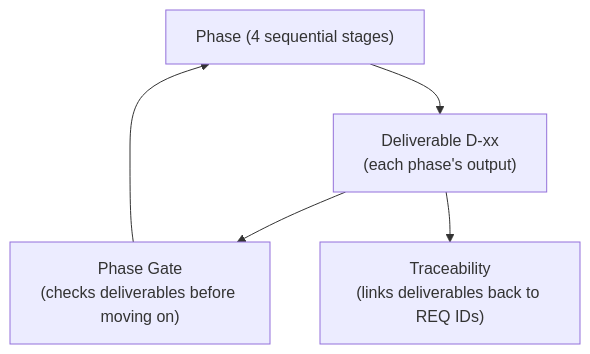
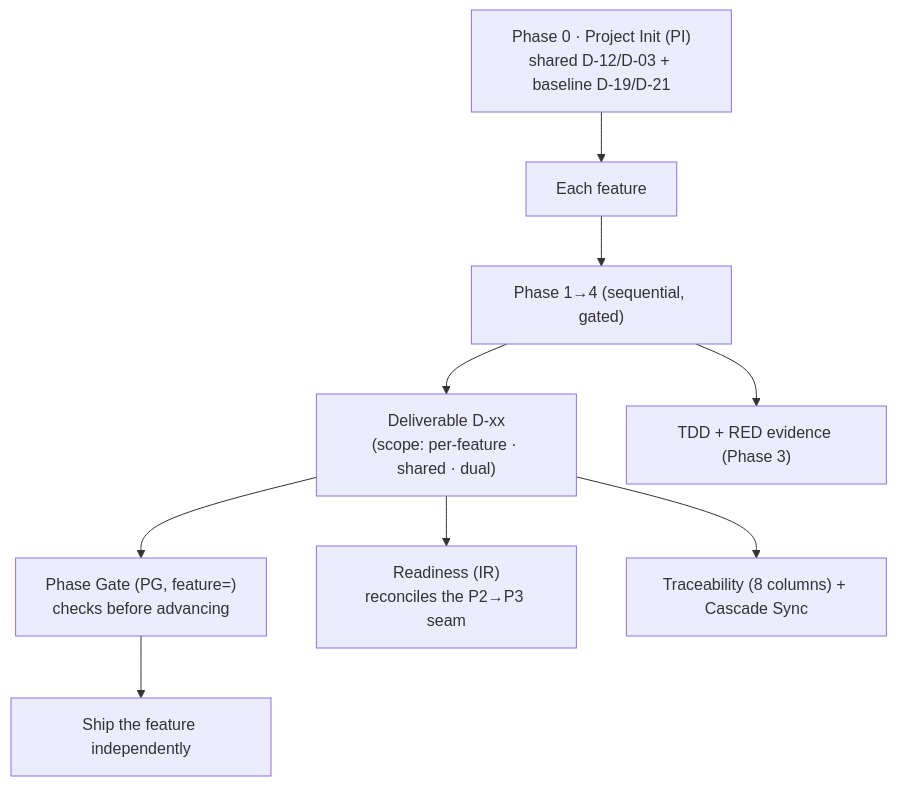
Before and after one commit to hanh9898/waterfall-bmad-method: the seventh of 7 diagrams in docs/en/explanation/concepts.md, drawn with Mermaid. The commit also changed other lines of this file and 29 other files, not shown here.

First line of the commit message:
docs(hbc): đồng bộ toàn bộ tài liệu sang v2 (incremental per-feature + TDD)

````diff
--- a/docs/en/explanation/concepts.md
+++ b/docs/en/explanation/concepts.md
@@ -90,7 +199,11 @@
 ```mermaid
 flowchart TD
-    P["Phase (4 sequential stages)"] --> D["Deliverable D-xx<br/>(each phase's output)"]
-    D --> G["Phase Gate<br/>(checks deliverables before moving on)"]
-    D --> T["Traceability<br/>(links deliverables back to REQ IDs)"]
-    G --> P
+    P0["Phase 0 · Project Init (PI)<br/>shared D-12/D-03 + baseline D-19/D-21"] --> FEAT["Each feature"]
+    FEAT --> P["Phase 1→4 (sequential, gated)"]
+    P --> D["Deliverable D-xx<br/>(scope: per-feature · shared · dual)"]
+    D --> G["Phase Gate (PG, feature=)<br/>checks before advancing"]
+    D --> IR["Readiness (IR)<br/>reconciles the P2→P3 seam"]
+    P --> TDD["TDD + RED evidence (Phase 3)"]
+    D --> T["Traceability (8 columns) + Cascade Sync"]
+    G --> SHIP["Ship the feature independently"]
 ```
````
